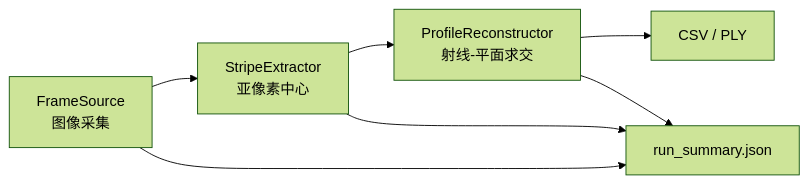
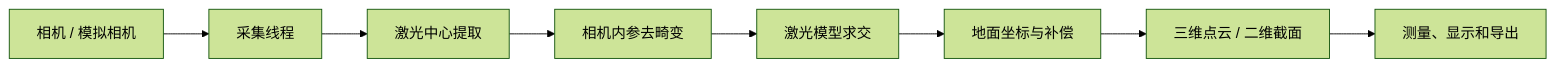
One commit to 1visio/0704line-laser-3d-scanner changed the diagram in README.md. Above: the diagram before and after it, drawn with Mermaid (forest theme). The commit also changed other lines of this file, not shown here.

````diff
--- a/README.md
+++ b/README.md
@@ -36,9 +77,10 @@
 ```mermaid
 flowchart LR
-    A["FrameSource<br/>图像采集"] --> B["StripeExtractor<br/>亚像素中心"]
-    B --> C["ProfileReconstructor<br/>射线-平面求交"]
-    C --> D["CSV / PLY"]
-    A --> E["run_summary.json"]
-    B --> E
-    C --> E
+    A[相机 / 模拟相机] --> B[采集线程]
+    B --> C[激光中心提取]
+    C --> D[相机内参去畸变]
+    D --> E[激光模型求交]
+    E --> F[地面坐标与补偿]
+    F --> G[三维点云 / 二维截面]
+    G --> H[测量、显示和导出]
 ```
````
